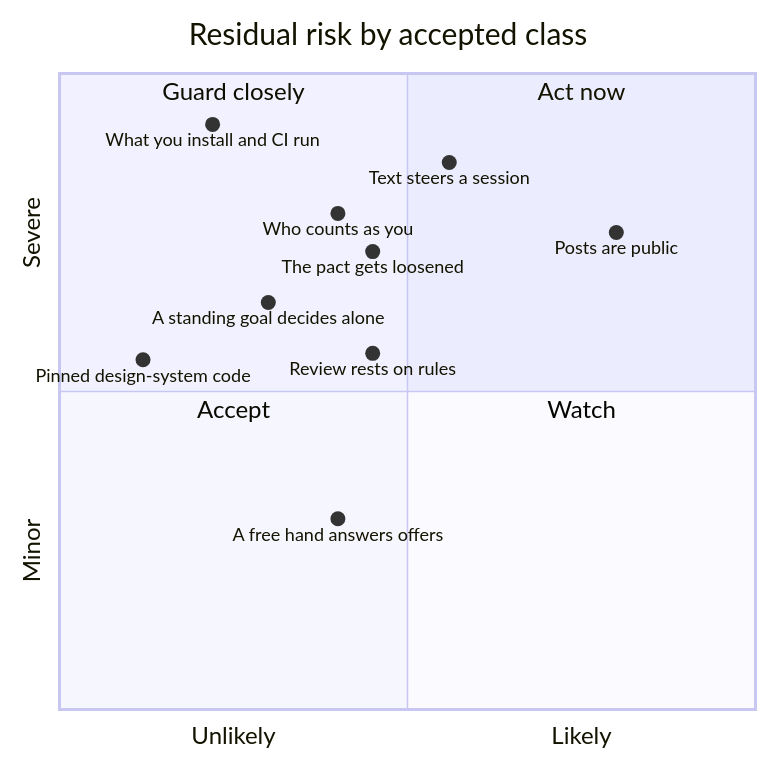
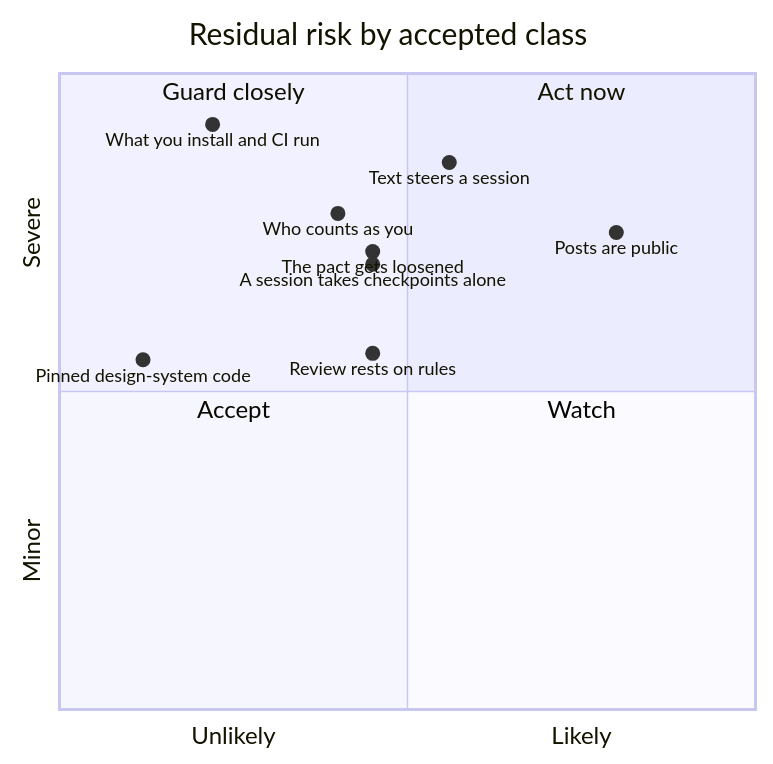
Before and after one commit to mephistopheles4/the-pact: the second of 2 diagrams in docs/threat-model.md, drawn with Mermaid. The commit also changed other lines of this file and 37 other files, not shown here.

````diff
--- a/docs/threat-model.md
+++ b/docs/threat-model.md
@@ -220,19 +228,18 @@
 ```mermaid
 quadrantChart
   title Residual risk by accepted class
   x-axis Unlikely --> Likely
   y-axis Minor --> Severe
   quadrant-1 Act now
   quadrant-2 Guard closely
   quadrant-3 Accept
   quadrant-4 Watch
   Text steers a session: [0.56, 0.86]
   Who counts as you: [0.40, 0.78]
   Posts are public: [0.80, 0.75]
   What you install and CI run: [0.22, 0.92]
   The pact gets loosened: [0.45, 0.72]
   Review rests on rules: [0.45, 0.56]
-  A standing goal decides alone: [0.30, 0.64]
-  A free hand answers offers: [0.40, 0.30]
+  A session takes checkpoints alone: [0.45, 0.70]
   Pinned design-system code: [0.12, 0.55]
 ```
````
